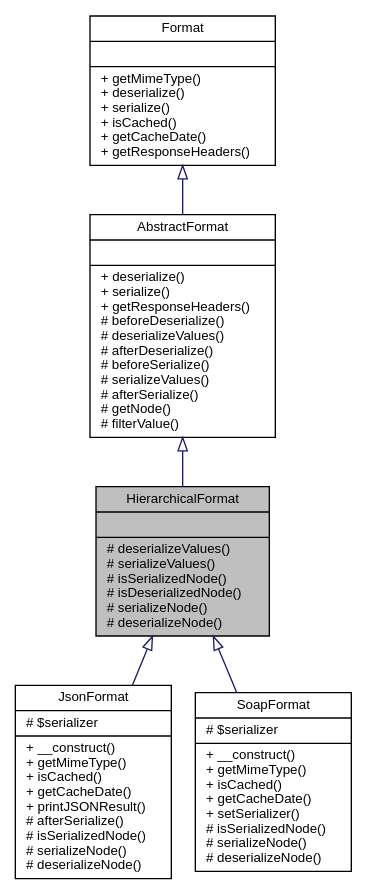
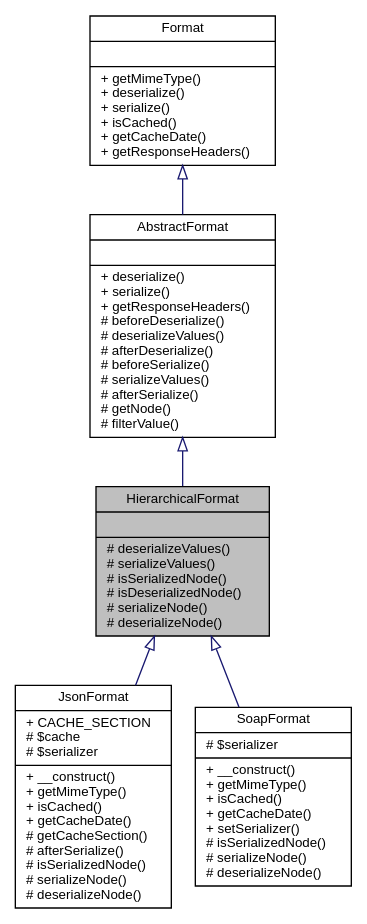
Before and after one commit to eherwig/wcmf: the diagram in classwcmf_1_1lib_1_1presentation_1_1format_1_1impl_1_1_hierarchical_format__inherit__graph.dot, drawn with Graphviz. The commit also changed 1132 other files, not shown here.

```diff
--- a/classwcmf_1_1lib_1_1presentation_1_1format_1_1impl_1_1_hierarchical_format__inherit__graph.dot
+++ b/classwcmf_1_1lib_1_1presentation_1_1format_1_1impl_1_1_hierarchical_format__inherit__graph.dot
@@ -1,14 +1,14 @@
 digraph "HierarchicalFormat"
 {
   edge [fontname="Helvetica",fontsize="10",labelfontname="Helvetica",labelfontsize="10"];
   node [fontname="Helvetica",fontsize="10",shape=record];
   Node0 [label="{HierarchicalFormat\n||# deserializeValues()\l# serializeValues()\l# isSerializedNode()\l# isDeserializedNode()\l# serializeNode()\l# deserializeNode()\l}",height=0.2,width=0.4,color="black", fillcolor="grey75", style="filled", fontcolor="black"];
   Node1 -> Node0 [dir="back",color="midnightblue",fontsize="10",style="solid",arrowtail="onormal",fontname="Helvetica"];
   Node1 [label="{AbstractFormat\n||+ deserialize()\l+ serialize()\l+ getResponseHeaders()\l# beforeDeserialize()\l# deserializeValues()\l# afterDeserialize()\l# beforeSerialize()\l# serializeValues()\l# afterSerialize()\l# getNode()\l# filterValue()\l}",height=0.2,width=0.4,color="black", fillcolor="white", style="filled",URL="$classwcmf_1_1lib_1_1presentation_1_1format_1_1impl_1_1_abstract_format.html",tooltip="AbstractFormat is used as base class for specialized formats. "];
   Node2 -> Node1 [dir="back",color="midnightblue",fontsize="10",style="solid",arrowtail="onormal",fontname="Helvetica"];
   Node2 [label="{Format\n||+ getMimeType()\l+ deserialize()\l+ serialize()\l+ isCached()\l+ getCacheDate()\l+ getResponseHeaders()\l}",height=0.2,width=0.4,color="black", fillcolor="white", style="filled",URL="$interfacewcmf_1_1lib_1_1presentation_1_1format_1_1_format.html",tooltip="Format defines the interface for all format classes. "];
   Node0 -> Node3 [dir="back",color="midnightblue",fontsize="10",style="solid",arrowtail="onormal",fontname="Helvetica"];
-  Node3 [label="{JsonFormat\n|# $serializer\l|+ __construct()\l+ getMimeType()\l+ isCached()\l+ getCacheDate()\l+ printJSONResult()\l# afterSerialize()\l# isSerializedNode()\l# serializeNode()\l# deserializeNode()\l}",height=0.2,width=0.4,color="black", fillcolor="white", style="filled",URL="$classwcmf_1_1lib_1_1presentation_1_1format_1_1impl_1_1_json_format.html",tooltip="JsonFormat implements the JSON request/response format. "];
+  Node3 [label="{JsonFormat\n|+ CACHE_SECTION\l# $cache\l# $serializer\l|+ __construct()\l+ getMimeType()\l+ isCached()\l+ getCacheDate()\l# getCacheSection()\l# afterSerialize()\l# isSerializedNode()\l# serializeNode()\l# deserializeNode()\l}",height=0.2,width=0.4,color="black", fillcolor="white", style="filled",URL="$classwcmf_1_1lib_1_1presentation_1_1format_1_1impl_1_1_json_format.html",tooltip="JsonFormat implements the JSON request/response format. "];
   Node0 -> Node4 [dir="back",color="midnightblue",fontsize="10",style="solid",arrowtail="onormal",fontname="Helvetica"];
   Node4 [label="{SoapFormat\n|# $serializer\l|+ __construct()\l+ getMimeType()\l+ isCached()\l+ getCacheDate()\l+ setSerializer()\l# isSerializedNode()\l# serializeNode()\l# deserializeNode()\l}",height=0.2,width=0.4,color="black", fillcolor="white", style="filled",URL="$classwcmf_1_1lib_1_1presentation_1_1format_1_1impl_1_1_soap_format.html",tooltip="SoapFormat implements the SOAP request/response format. "];
 }
```
